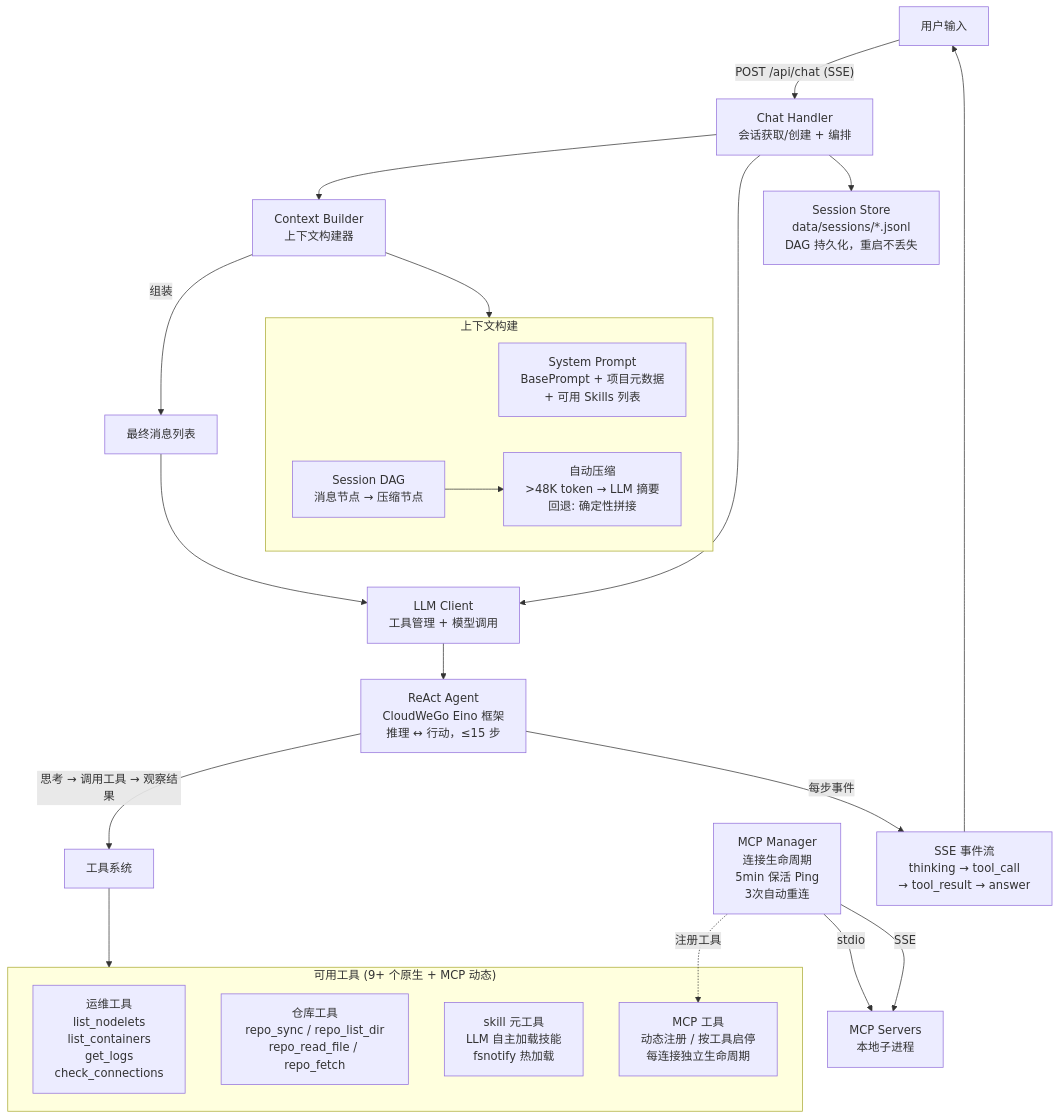
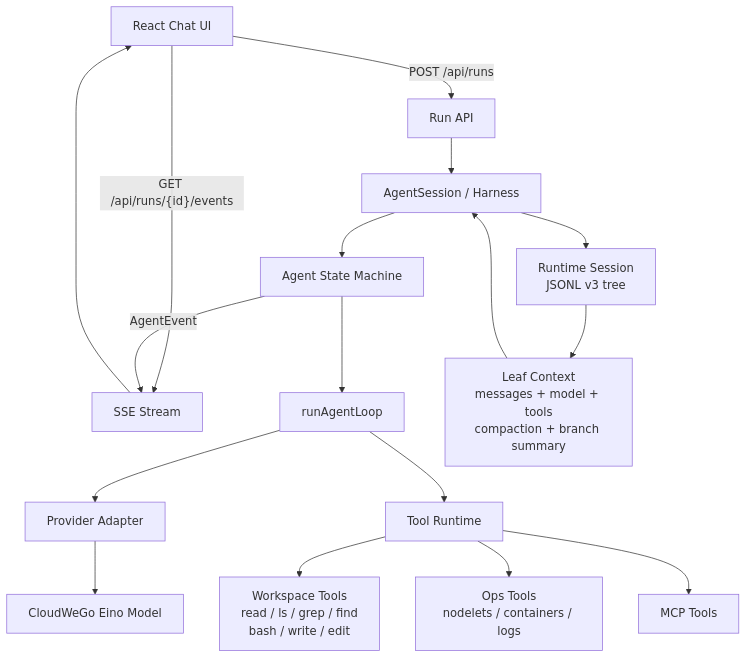
Before and after one commit to agermel/oops: the second of 2 diagrams in README.md, drawn with Mermaid. The commit also changed other lines of this file and 3 other files, not shown here.

Commit message:
docs(step14): document agent runtime gates

````diff
--- a/README.md
+++ b/README.md
@@ -68,44 +68,23 @@
 ```mermaid
 graph TB
-    User["用户输入"] -->|"POST /api/chat (SSE)"| ChatHandler["Chat Handler<br/>会话获取/创建 + 编排"]
+    React["React Chat UI"] -->|"POST /api/runs"| RunAPI["Run API"]
+    React -->|"GET /api/runs/{id}/events"| SSE["SSE Stream"]
 
-    ChatHandler --> ContextBuilder["Context Builder<br/>上下文构建器"]
+    RunAPI --> AgentSession["AgentSession / Harness"]
+    AgentSession --> Agent["Agent State Machine"]
+    Agent --> Loop["runAgentLoop"]
+    Loop --> Provider["Provider Adapter"]
+    Provider --> Eino["CloudWeGo Eino Model"]
 
-    ContextBuilder -->|"组装"| FinalMessages["最终消息列表"]
+    Loop --> ToolRunner["Tool Runtime"]
+    ToolRunner --> WorkspaceTools["Workspace Tools<br/>read / ls / grep / find<br/>bash / write / edit"]
+    ToolRunner --> OpsTools["Ops Tools<br/>nodelets / containers / logs"]
+    ToolRunner --> MCPTools["MCP Tools"]
 
-    subgraph ContextBuilding["上下文构建"]
-        SysPrompt["System Prompt<br/>BasePrompt + 项目元数据<br/>+ 可用 Skills 列表"]
-        DAG["Session DAG<br/>消息节点 → 压缩节点"]
-        Compaction["自动压缩<br/>>48K token → LLM 摘要<br/>回退: 确定性拼接"]
-        DAG --> Compaction
-    end
+    AgentSession --> RuntimeSession["Runtime Session<br/>JSONL v3 tree"]
+    RuntimeSession --> Context["Leaf Context<br/>messages + model + tools<br/>compaction + branch summary"]
+    Context --> AgentSession
 
-    ContextBuilder --> ContextBuilding
-
-    ChatHandler --> LLMClient["LLM Client<br/>工具管理 + 模型调用"]
-
-    FinalMessages --> LLMClient
-
-    LLMClient --> ReAct["ReAct Agent<br/>CloudWeGo Eino 框架<br/>推理 ↔ 行动，≤15 步"]
-
-    ReAct -->|"思考 → 调用工具 → 观察结果"| ToolSystem["工具系统"]
-
-    subgraph Tools["可用工具 (9+ 个原生 + MCP 动态)"]
-        OpsTools["运维工具<br/>list_nodelets<br/>list_containers<br/>get_logs<br/>check_connections"]
-        RepoTools["仓库工具<br/>repo_sync / repo_list_dir<br/>repo_read_file / repo_fetch"]
-        SkillTool["skill 元工具<br/>LLM 自主加载技能<br/>fsnotify 热加载"]
-        MCPTools["MCP 工具<br/>动态注册 / 按工具启停<br/>每连接独立生命周期"]
-    end
-
-    ToolSystem --> Tools
-
-    MCPManager["MCP Manager<br/>连接生命周期<br/>5min 保活 Ping<br/>3次自动重连"] -.->|"注册工具"| MCPTools
-
-    MCPManager -->|"stdio"| MCPServers["MCP Servers<br/>本地子进程"]
-    MCPManager -->|"SSE"| MCPServers
-
-    ReAct -->|"每步事件"| Events["SSE 事件流<br/>thinking → tool_call<br/>→ tool_result → answer"]
-    Events --> User
-
-    ChatHandler --> SessionPersist["Session Store<br/>data/sessions/*.jsonl<br/>DAG 持久化，重启不丢失"]
+    Agent -->|"AgentEvent"| SSE
+    SSE --> React
 ```
````
